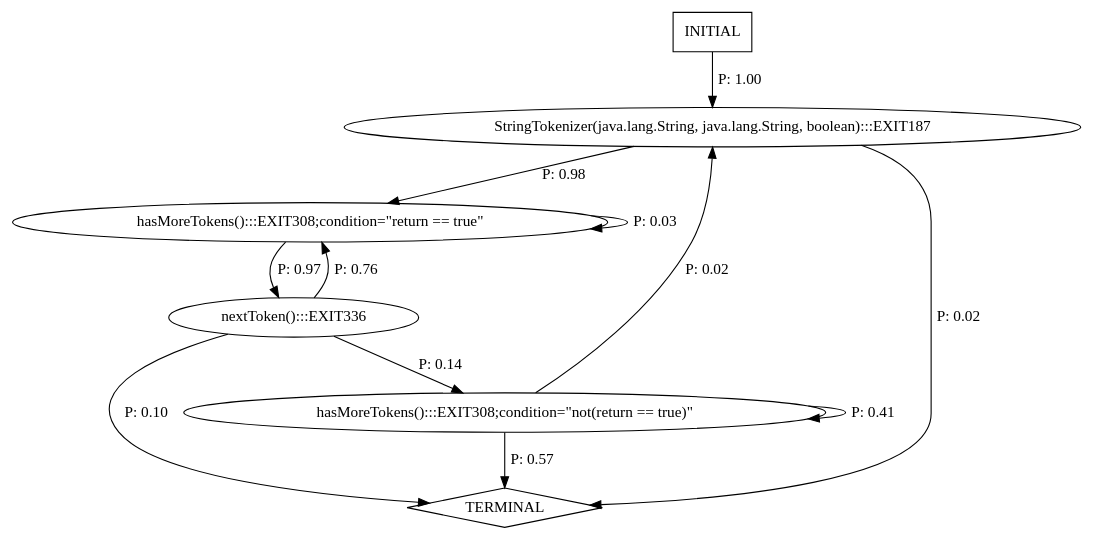
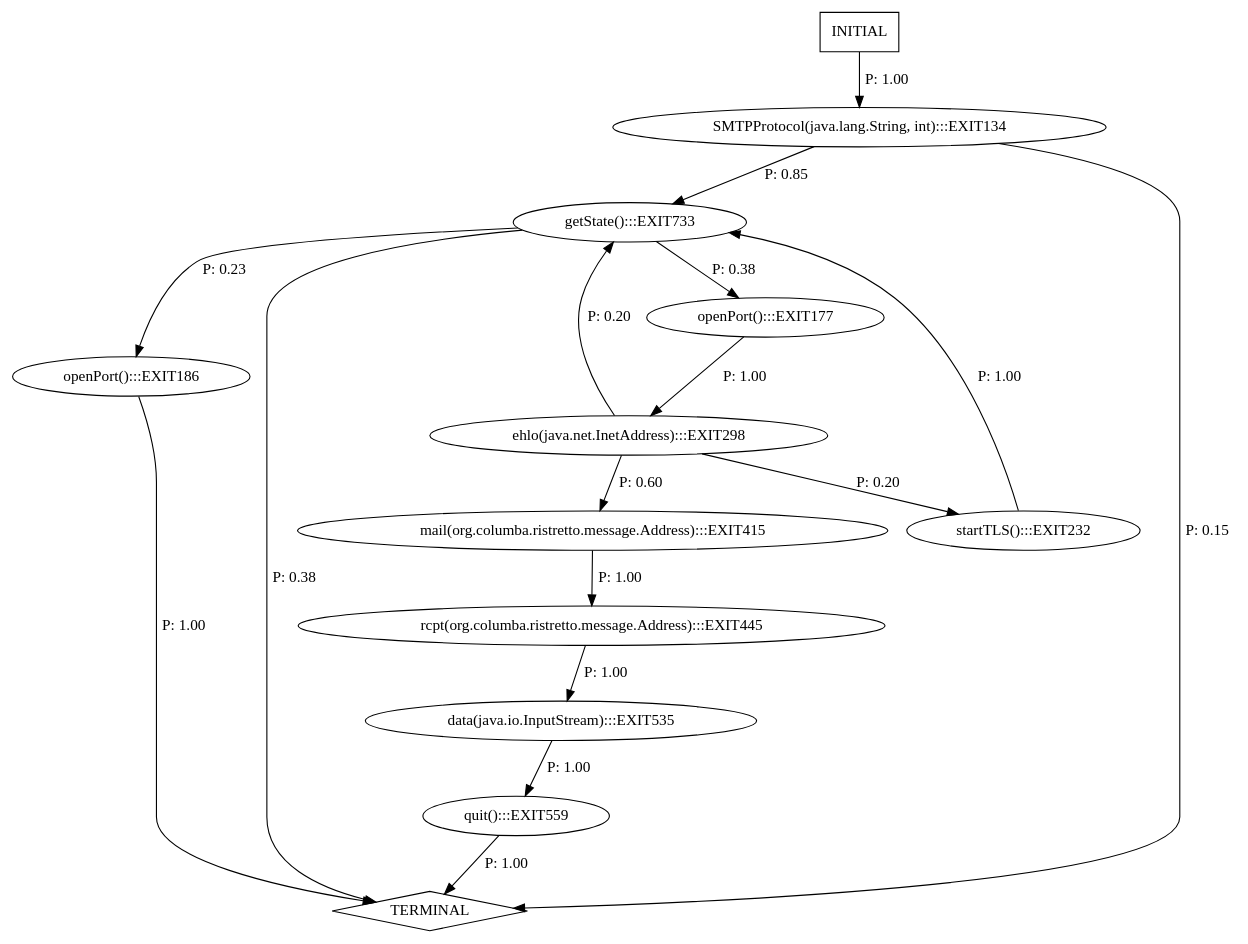
Before and after one commit to annadeng/Universal-Model-Inference: the diagram in bestchai-perfume-frontend-85f927d03b0c/tmp/synoptictest.dot, drawn with Graphviz. The commit also changed 10 other files, not shown here.

```diff
--- a/bestchai-perfume-frontend-85f927d03b0c/tmp/synoptictest.dot
+++ b/bestchai-perfume-frontend-85f927d03b0c/tmp/synoptictest.dot
@@ -1,19 +1,30 @@
 digraph G {
-  0 [label="StringTokenizer(java.lang.String, java.lang.String, boolean):::EXIT187"];
-  1 [label="hasMoreTokens():::EXIT308;condition=\"not(return == true)\""];
-  2 [label="hasMoreTokens():::EXIT308;condition=\"return == true\""];
-  3 [label="nextToken():::EXIT336"];
-  4 [label="TERMINAL",shape=diamond];
-  5 [label="INITIAL",shape=box];
-0->2 [label="P: 0.98"];
-0->4 [label="P: 0.02"];
-1->0 [label="P: 0.02"];
-1->1 [label="P: 0.41"];
-1->4 [label="P: 0.57"];
-2->2 [label="P: 0.03"];
-2->3 [label="P: 0.97"];
-3->1 [label="P: 0.14"];
-3->2 [label="P: 0.76"];
-3->4 [label="P: 0.10"];
-5->0 [label="P: 1.00"];
+  0 [label="SMTPProtocol(java.lang.String, int):::EXIT134"];
+  1 [label="data(java.io.InputStream):::EXIT535"];
+  2 [label="ehlo(java.net.InetAddress):::EXIT298"];
+  3 [label="getState():::EXIT733"];
+  4 [label="mail(org.columba.ristretto.message.Address):::EXIT415"];
+  5 [label="openPort():::EXIT177"];
+  6 [label="openPort():::EXIT186"];
+  7 [label="quit():::EXIT559"];
+  8 [label="rcpt(org.columba.ristretto.message.Address):::EXIT445"];
+  9 [label="startTLS():::EXIT232"];
+  10 [label="TERMINAL",shape=diamond];
+  11 [label="INITIAL",shape=box];
+0->3 [label="P: 0.85"];
+0->10 [label="P: 0.15"];
+1->7 [label="P: 1.00"];
+2->3 [label="P: 0.20"];
+2->4 [label="P: 0.60"];
+2->9 [label="P: 0.20"];
+3->5 [label="P: 0.38"];
+3->6 [label="P: 0.23"];
+3->10 [label="P: 0.38"];
+4->8 [label="P: 1.00"];
+5->2 [label="P: 1.00"];
+6->10 [label="P: 1.00"];
+7->10 [label="P: 1.00"];
+8->1 [label="P: 1.00"];
+9->3 [label="P: 1.00"];
+11->0 [label="P: 1.00"];
 }
```
